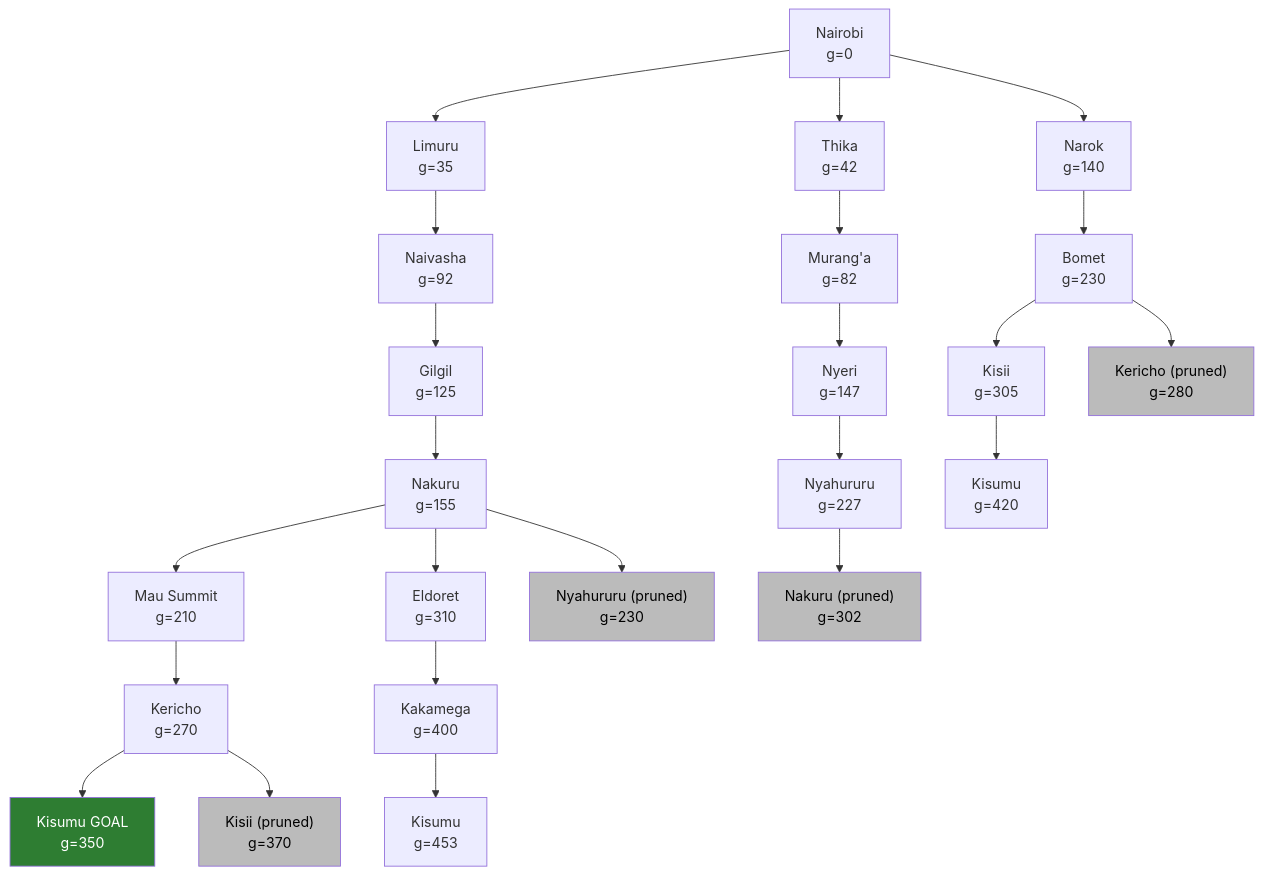
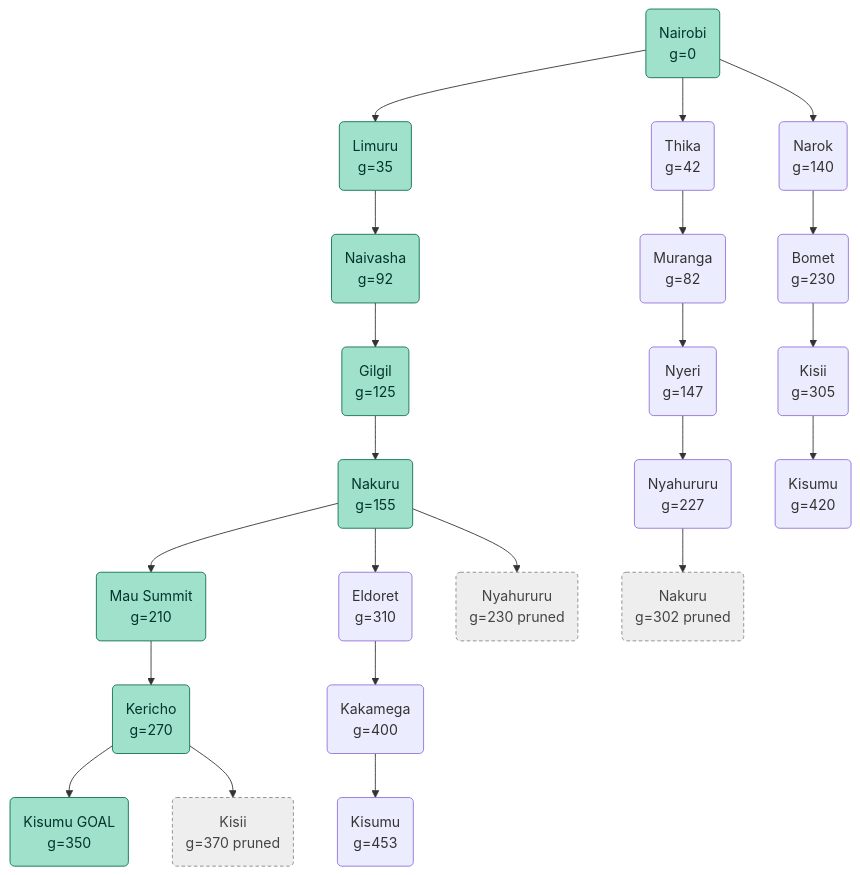
Before and after one commit to LOUIEMAINA/PS-Agents: the second of 2 diagrams in design.md, drawn with Mermaid. The commit also changed other lines of this file, not shown here.

````diff
--- a/design.md
+++ b/design.md
@@ -146,37 +145,35 @@
 ```mermaid
-graph TD
-    A["Nairobi<br/>g=0"] --> B["Limuru<br/>g=35"]
-    A --> C["Thika<br/>g=42"]
-    A --> D["Narok<br/>g=140"]
+flowchart TD
+    A("Nairobi<br/>g=0") --> B("Limuru<br/>g=35")
+    A --> C("Thika<br/>g=42")
+    A --> D("Narok<br/>g=140")
 
-    B --> E["Naivasha<br/>g=92"]
-    C --> F["Murang'a<br/>g=82"]
-    D --> G["Bomet<br/>g=230"]
+    B --> E("Naivasha<br/>g=92")
+    C --> F("Muranga<br/>g=82")
+    D --> G("Bomet<br/>g=230")
 
-    E --> H["Gilgil<br/>g=125"]
-    F --> I["Nyeri<br/>g=147"]
-    G --> J["Kisii<br/>g=305"]
-    G --> K["Kericho (pruned)<br/>g=280"]
+    E --> H("Gilgil<br/>g=125")
+    F --> I("Nyeri<br/>g=147")
+    G --> J("Kisii<br/>g=305")
 
-    H --> L["Nakuru<br/>g=155"]
-    I --> M["Nyahururu<br/>g=227"]
-    J --> N["Kisumu<br/>g=420"]
+    H --> L("Nakuru<br/>g=155")
+    I --> M("Nyahururu<br/>g=227")
+    J --> N("Kisumu<br/>g=420")
 
-    L --> O["Mau Summit<br/>g=210"]
-    L --> P["Eldoret<br/>g=310"]
-    L --> Q["Nyahururu (pruned)<br/>g=230"]
-    M --> R["Nakuru (pruned)<br/>g=302"]
+    L --> O("Mau Summit<br/>g=210")
+    L --> P("Eldoret<br/>g=310")
+    L --> Q("Nyahururu<br/>g=230 pruned")
+    M --> R("Nakuru<br/>g=302 pruned")
 
-    O --> S["Kericho<br/>g=270"]
-    P --> T["Kakamega<br/>g=400"]
+    O --> S("Kericho<br/>g=270")
+    P --> T("Kakamega<br/>g=400")
 
-    S --> U["Kisumu GOAL<br/>g=350"]
-    S --> V["Kisii (pruned)<br/>g=370"]
-    T --> W["Kisumu<br/>g=453"]
+    S --> U("Kisumu GOAL<br/>g=350")
+    S --> V("Kisii<br/>g=370 pruned")
+    T --> W("Kisumu<br/>g=453")
 
-    style U fill:#2e7d32,color:#fff
-    style K fill:#bbb,color:#000
-    style Q fill:#bbb,color:#000
-    style R fill:#bbb,color:#000
-    style V fill:#bbb,color:#000
+    classDef optimal fill:#9FE1CB,stroke:#0F6E56,color:#04342C
+    classDef pruned fill:#eeeeee,stroke:#888888,color:#444444,stroke-dasharray:4 3
+    class A,B,E,H,L,O,S,U optimal
+    class Q,R,V pruned
 ```
````
